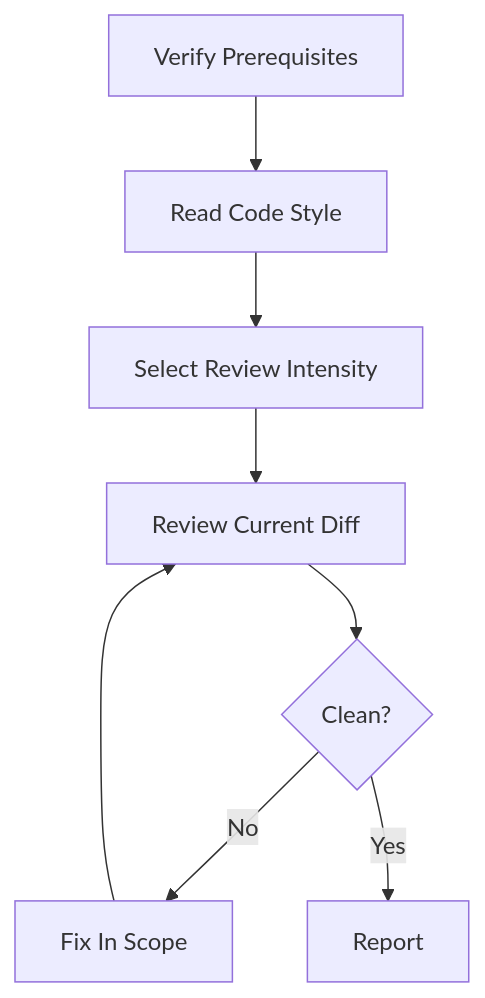
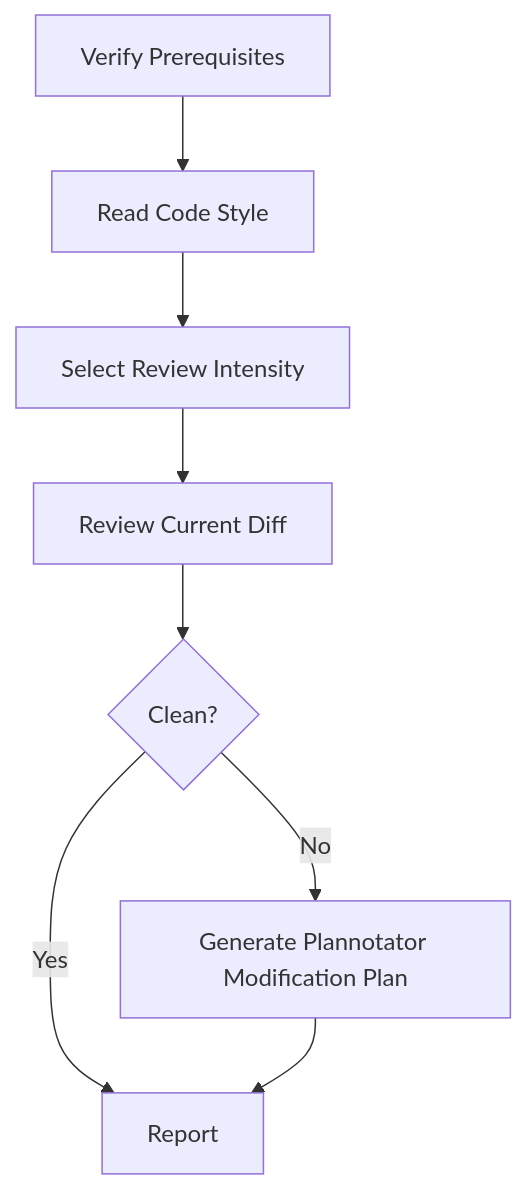
The diagram in issue-evaluator/skills/review-fix/SKILL.md (linghaoSu/agent-plugins), drawn with Mermaid before and after one commit. The commit also changed other lines of this file and 4 other files, not shown here.

Commit message:
feat(review): require Plannotator modification plans

````diff
--- a/issue-evaluator/skills/review-fix/SKILL.md
+++ b/issue-evaluator/skills/review-fix/SKILL.md
@@ -43,10 +77,10 @@
 ```mermaid
 flowchart TD
   A[Verify Prerequisites] --> B[Read Code Style]
   B --> C[Select Review Intensity]
   C --> D[Review Current Diff]
   D --> E{Clean?}
-  E -- No --> F[Fix In Scope]
-  F --> D
+  E -- No --> F[Generate Plannotator Modification Plan]
   E -- Yes --> G[Report]
+  F --> G
 ```
````
